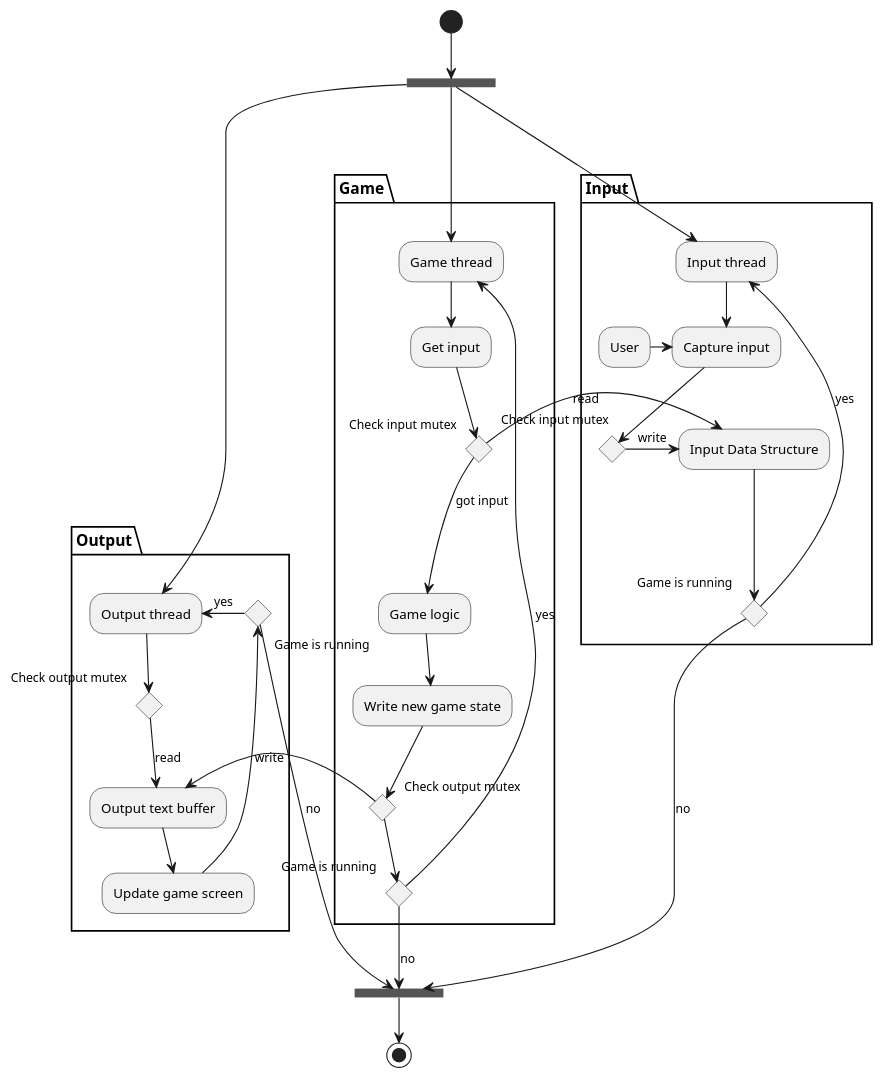
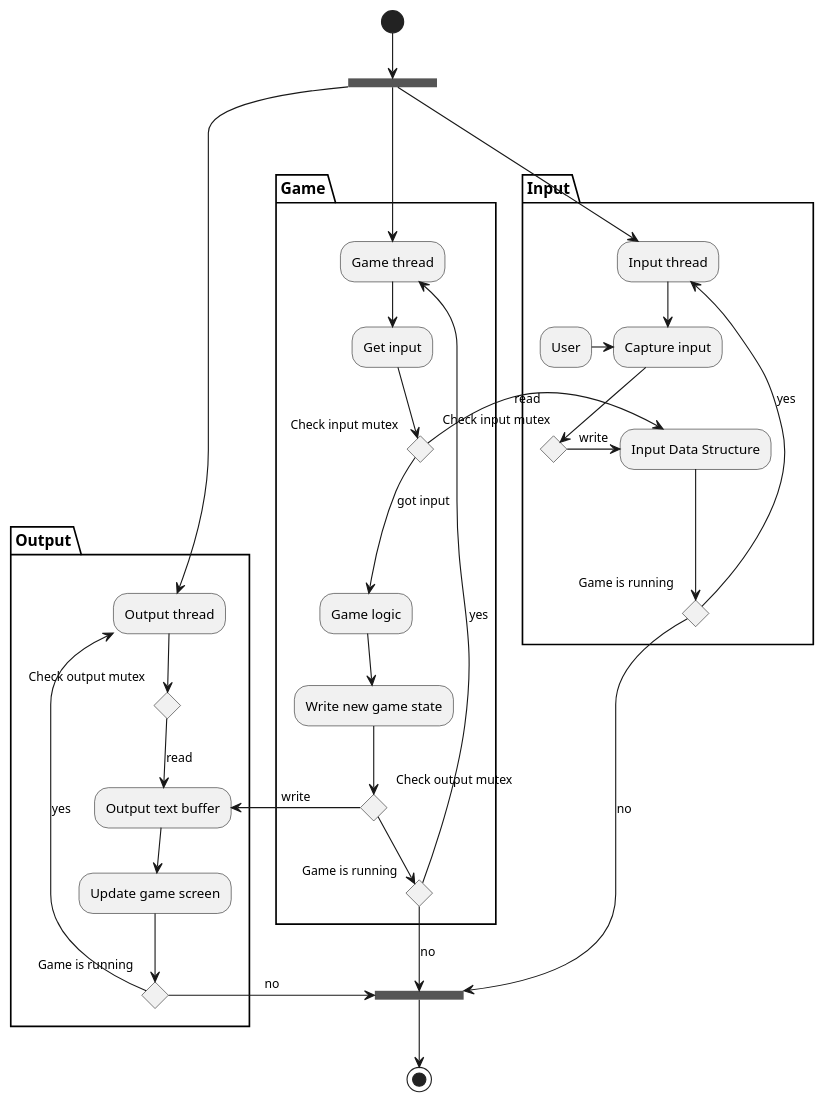
The diagram in docs/tech.wsd (FulecoRafa/terminal_game), drawn with PlantUML before and after one commit.

Commit message:
Docs/diagram for component logic: simple update

```diff
--- a/docs/tech.wsd
+++ b/docs/tech.wsd
@@ -1,50 +1,50 @@
 @startuml thread_diagram
 
 (*) -down-> ===B1===
 ===B2===-down->(*)
 partition Input {
 ===B1===-down--> "Input thread"
 -down-> "Capture input"
 User-right-> "Capture input"
 if "Check input mutex" then
 -right->[write] "Input Data Structure"
 if "Game is running"then
 -up->[yes] "Input thread"
 else
 -down->[no] ===B2===
 ' -down-> ===B2===
 }
 
 partition Output {
 ===B1===-down--> "Output thread"
 if "Check output mutex" then
 -down->[read]"Output text buffer"
 -down-> "Update game screen"
 if "Game is running" then
--right->[yes]"Output thread"
+-left->[yes]"Output thread"
 else
 ->[no] ===B2===
 ' -down-> ===B2===
 }
 
 partition Game {
 ===B1===-down--> "Game thread"
 -down->"Get input"
 if "Check input mutex" then
 -left-->[read] "Input Data Structure"
 else
 -down->[got input] "Game logic"
 -down-> "Write new game state"
 if "Check output mutex" then
 -right->[write] "Output text buffer"
 else
 if "Game is running" then
 -up->[yes] "Game thread"
 else
 -down->[no] ===B2===
 }
 
 ' "Input thread" -[hidden]> "Game thread"
 "Game thread" -[hidden]> "Output thread"
 
 @enduml
```
